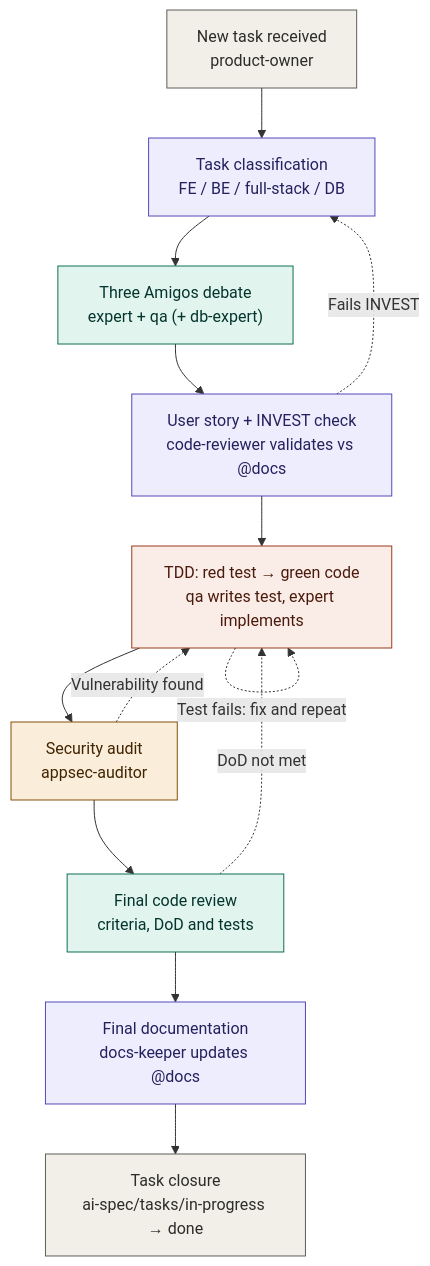
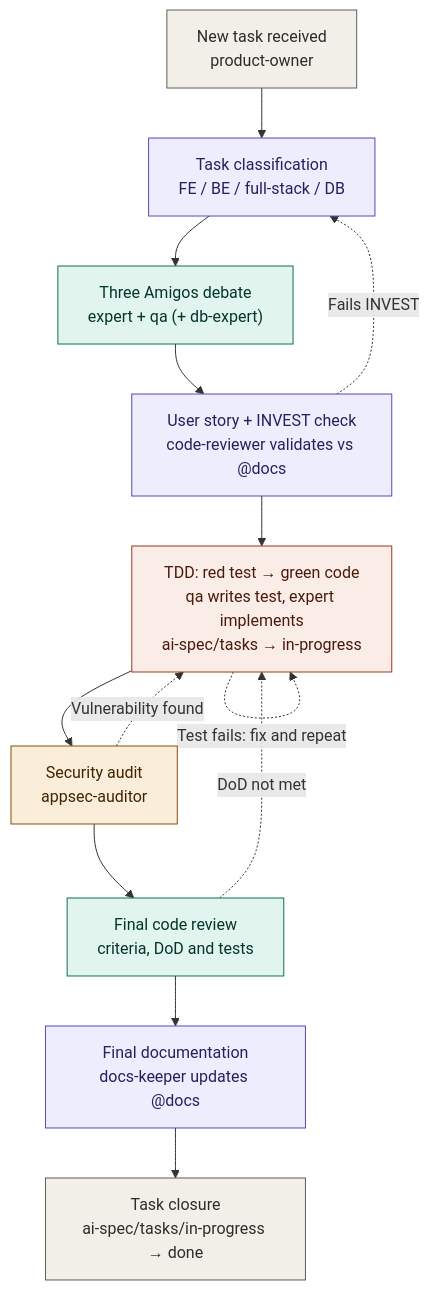
One commit to LIDR-academy/AI4Devs-finalproject changed the diagram in arospe/docs/workflow.md. Above: the diagram before and after it, drawn with Mermaid. The commit also changed other lines of this file and 17 other files, not shown here.

````diff
--- a/arospe/docs/workflow.md
+++ b/arospe/docs/workflow.md
@@ -57,31 +60,31 @@
 ```mermaid
 flowchart TD
     A["New task received<br/>product-owner"]
     B["Task classification<br/>FE / BE / full-stack / DB"]
     C["Three Amigos debate<br/>expert + qa (+ db-expert)"]
     D["User story + INVEST check<br/>code-reviewer validates vs @docs"]
-    E["TDD: red test → green code<br/>qa writes test, expert implements"]
+    E["TDD: red test → green code<br/>qa writes test, expert implements<br/>ai-spec/tasks → in-progress"]
     F["Security audit<br/>appsec-auditor"]
     G["Final code review<br/>criteria, DoD and tests"]
     H["Final documentation<br/>docs-keeper updates @docs"]
     I["Task closure<br/>ai-spec/tasks/in-progress → done"]
 
     A --> B --> C --> D --> E --> F --> G --> H --> I
 
     D -.->|Fails INVEST| B
     F -.->|Vulnerability found| E
     G -.->|DoD not met| E
     E -.->|Test fails: fix and repeat| E
 
     classDef greyBox fill:#F1EFE8,stroke:#5F5E5A,color:#2C2C2A;
     classDef purpleBox fill:#EEEDFE,stroke:#534AB7,color:#26215C;
     classDef tealBox fill:#E1F5EE,stroke:#0F6E56,color:#04342C;
     classDef coralBox fill:#FAECE7,stroke:#993C1D,color:#4A1B0C;
     classDef amberBox fill:#FAEEDA,stroke:#854F0B,color:#412402;
 
     class A,I greyBox;
     class B,D,H purpleBox;
     class C,G tealBox;
     class E coralBox;
     class F amberBox;
 ```
````
